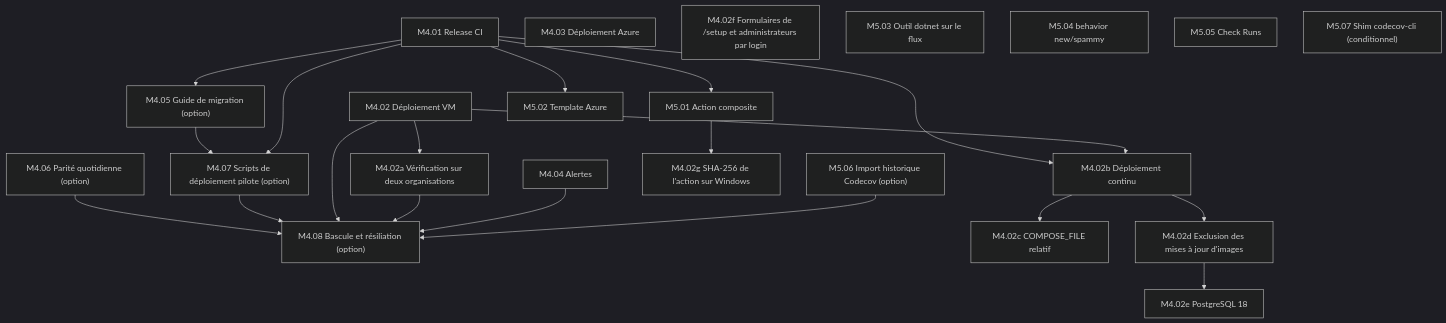
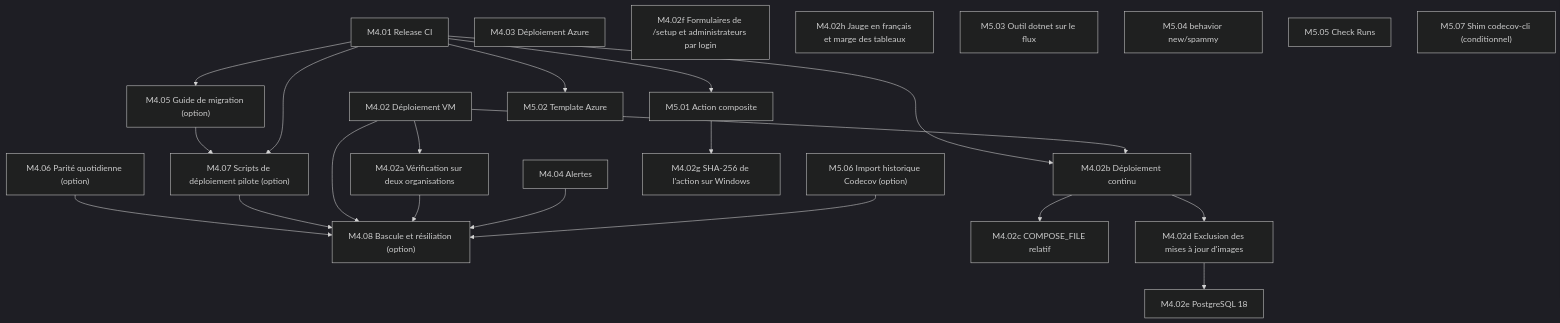
One commit to gaetanthouvenin/code-coverage changed the sixth of 6 diagrams in docs/PLAN.md. Above: the diagram before and after it, drawn with Mermaid (dark theme). The commit also changed other lines of this file, not shown here.

````diff
--- a/docs/PLAN.md
+++ b/docs/PLAN.md
@@ -431,30 +431,31 @@
 ```mermaid
 graph TD
   M4_01["M4.01 Release CI"]
   M4_02["M4.02 Déploiement VM"]
   M4_03["M4.03 Déploiement Azure"]
   M4_04["M4.04 Alertes"]
   M4_05["M4.05 Guide de migration (option)"] --> M4_07["M4.07 Scripts de déploiement pilote (option)"]
   M4_06["M4.06 Parité quotidienne (option)"] --> M4_08["M4.08 Bascule et résiliation (option)"]
   M4_07 --> M4_08
   M4_01 --> M4_07
   M4_01 --> M4_05
   M4_02 --> M4_08
   M4_02 --> M4_02a["M4.02a Vérification sur deux organisations"]
   M4_01 --> M4_02b["M4.02b Déploiement continu"]
   M4_02 --> M4_02b
   M4_02b --> M4_02c["M4.02c COMPOSE_FILE relatif"]
   M4_02b --> M4_02d["M4.02d Exclusion des mises à jour d'images"]
   M4_02d --> M4_02e["M4.02e PostgreSQL 18"]
   M4_02f["M4.02f Formulaires de /setup et administrateurs par login"]
   M5_01 --> M4_02g["M4.02g SHA-256 de l'action sur Windows"]
+  M4_02h["M4.02h Jauge en français et marge des tableaux"]
   M4_02a --> M4_08
   M4_04 --> M4_08
   M4_01 --> M5_01["M5.01 Action composite"]
   M4_01 --> M5_02["M5.02 Template Azure"]
   M5_03["M5.03 Outil dotnet sur le flux"]
   M5_04["M5.04 behavior new/spammy"]
   M5_05["M5.05 Check Runs"]
   M5_06["M5.06 Import historique Codecov (option)"] --> M4_08
   M5_07["M5.07 Shim codecov-cli (conditionnel)"]
 ```
````
